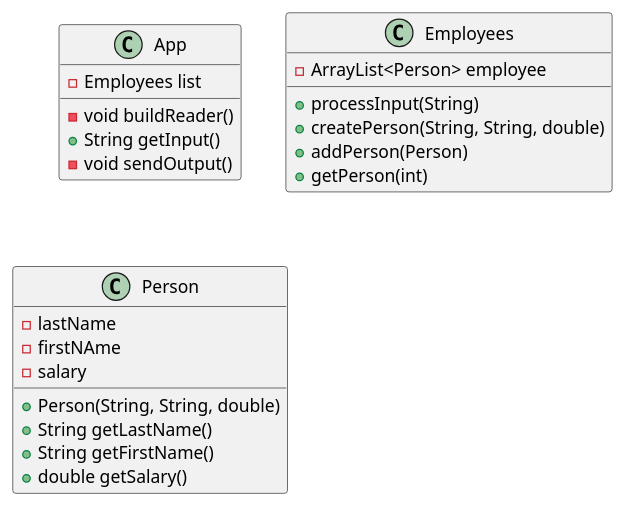
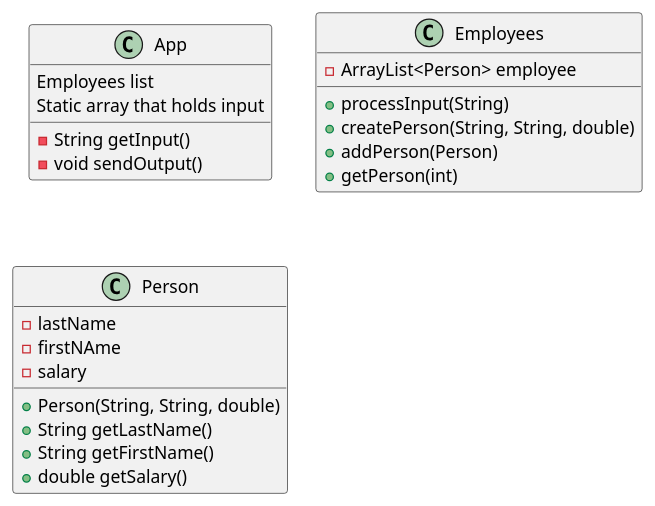
The diagram in src/main/java/Assignments/ex42/classHierarchy.puml (arkaik2k01/nobrega-cop3330-assignment3), drawn with PlantUML before and after one commit. The commit also changed 3 other files, not shown here.

```diff
--- a/src/main/java/Assignments/ex42/classHierarchy.puml
+++ b/src/main/java/Assignments/ex42/classHierarchy.puml
@@ -1,32 +1,32 @@
 @startuml
 'https://plantuml.com/class-diagram
 
 class App {
-    -Employees list
+    Employees list
+    Static array that holds input
 
-    - void buildReader()
-    + String getInput()
+    - String getInput()
     - void sendOutput()
 }
 
 class Employees {
     -ArrayList<Person> employee
 
     + processInput(String)
     + createPerson(String, String, double)
     + addPerson(Person)
     + getPerson(int)
 }
 
 class Person {
     - lastName
     - firstNAme
     - salary
 
     + Person(String, String, double)
     + String getLastName()
     + String getFirstName()
     + double getSalary()
 }
 
 @enduml
```
